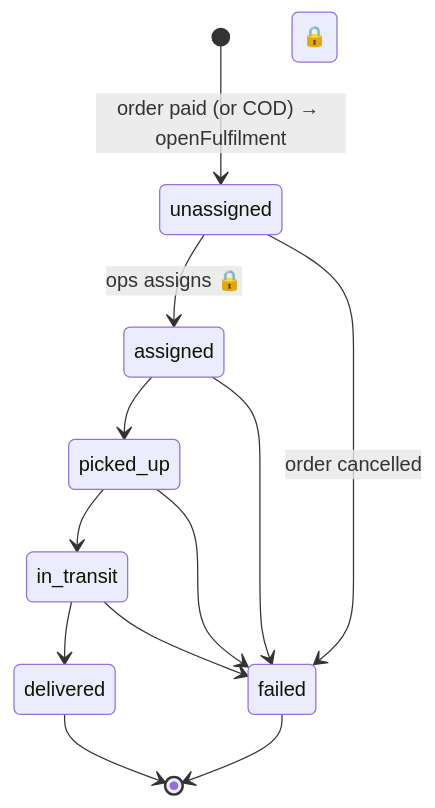
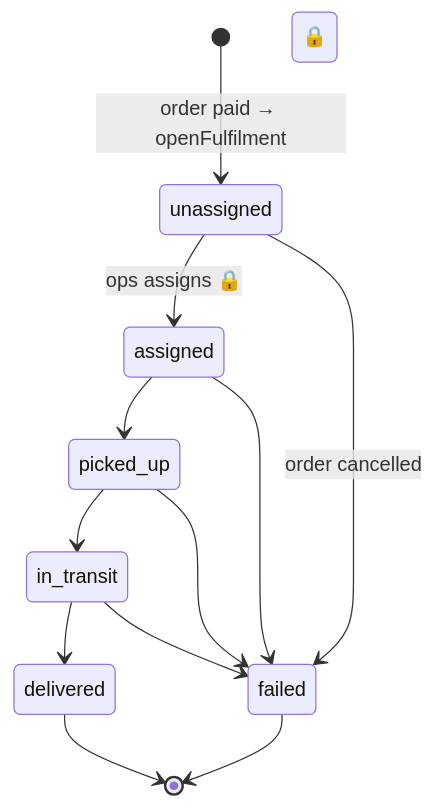
One commit to WaseemMirzaa/somba-apps changed diagram 13 of 20 in docs/ARCHITECTURE.md. Above: the diagram before and after it, drawn with Mermaid. The commit also changed other lines of this file and 23 other files, not shown here.

````diff
--- a/docs/ARCHITECTURE.md
+++ b/docs/ARCHITECTURE.md
@@ -1483,14 +1480,14 @@
 ```mermaid
 stateDiagram-v2
-  [*] --> unassigned: order paid (or COD) → openFulfilment
+  [*] --> unassigned: order paid → openFulfilment
   unassigned --> assigned: ops assigns 🔒
   assigned --> picked_up 🔒
   picked_up --> in_transit 🔒
   in_transit --> delivered 🔒
   assigned --> failed
   picked_up --> failed
   in_transit --> failed
   unassigned --> failed: order cancelled
   delivered --> [*]
   failed --> [*]
 ```
````
